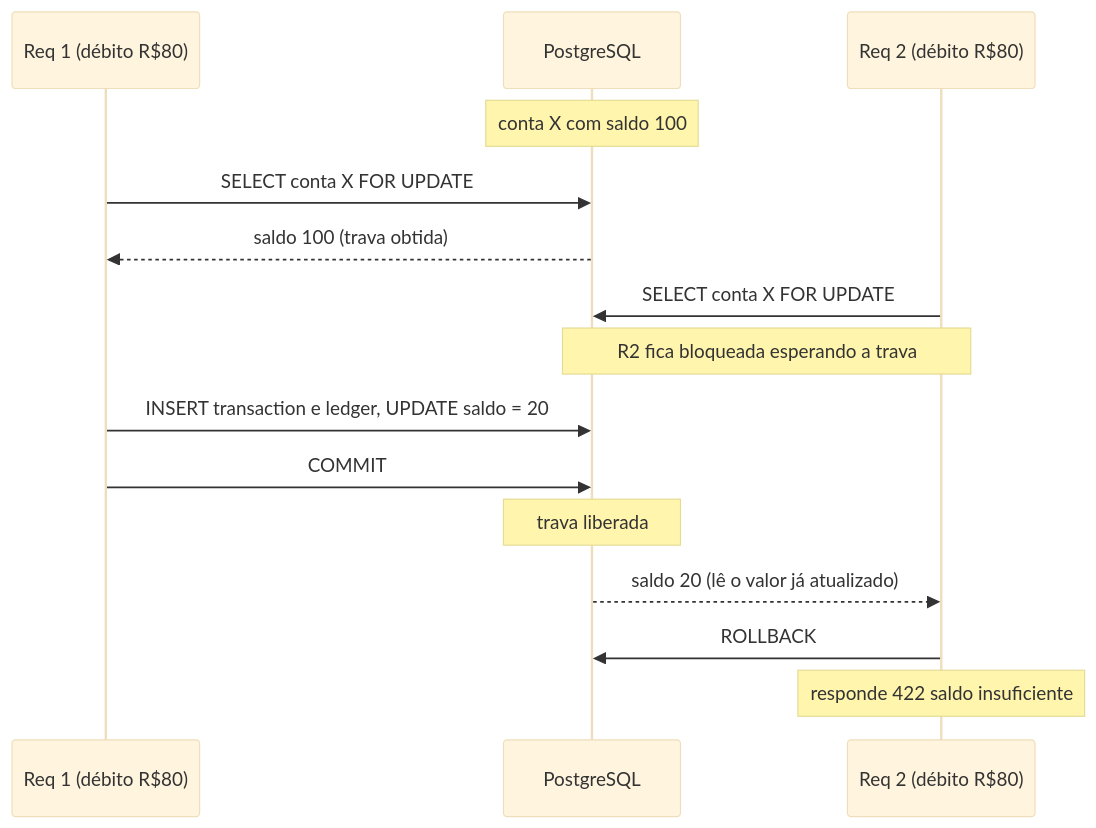
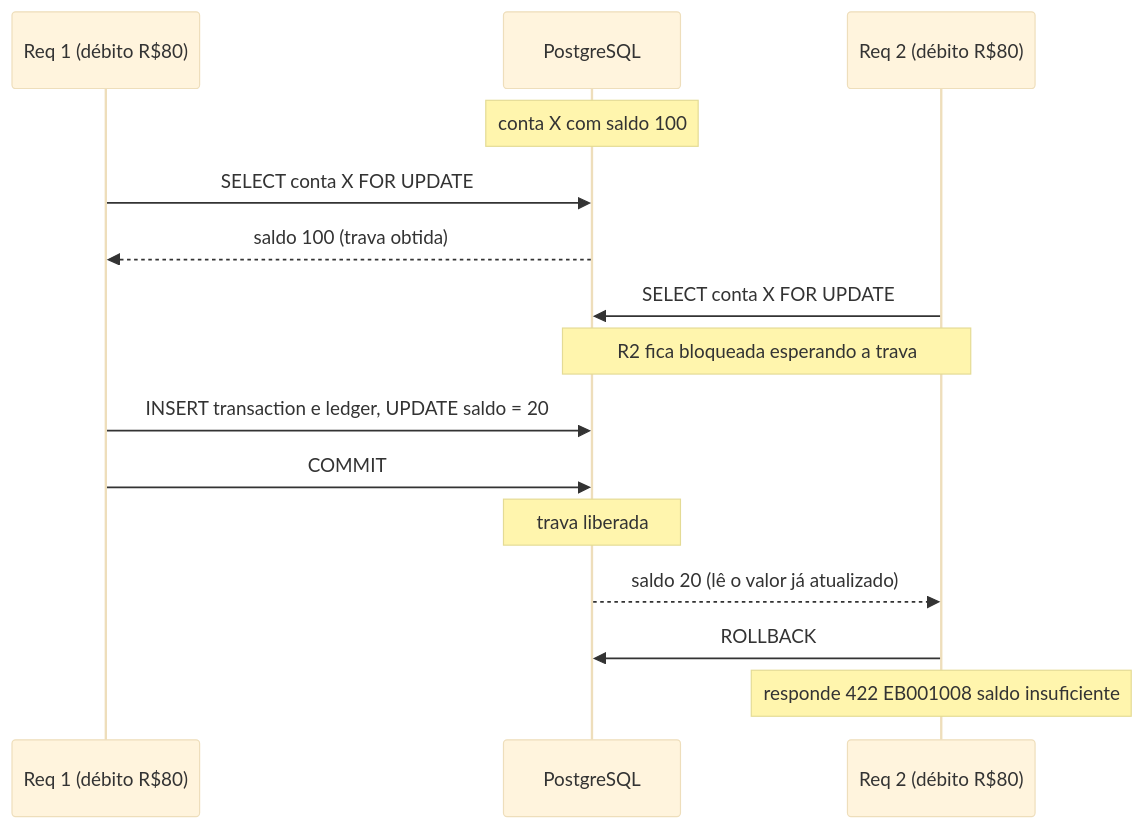
Before and after one commit to fernandobvm/bootcamp-qi-26-bankrepo: the seventh of 10 diagrams in bootcamp-rfc-modelo.md, drawn with Mermaid (base theme). The commit also changed other lines of this file and 1 other file, not shown here.

````diff
--- a/bootcamp-rfc-modelo.md
+++ b/bootcamp-rfc-modelo.md
@@ -310,18 +339,18 @@
 ```mermaid
 sequenceDiagram
     participant R1 as Req 1 (débito R$80)
     participant DB as PostgreSQL
     participant R2 as Req 2 (débito R$80)
 
     Note over DB: conta X com saldo 100
     R1->>DB: SELECT conta X FOR UPDATE
     DB-->>R1: saldo 100 (trava obtida)
     R2->>DB: SELECT conta X FOR UPDATE
     Note over R2,DB: R2 fica bloqueada esperando a trava
     R1->>DB: INSERT transaction e ledger, UPDATE saldo = 20
     R1->>DB: COMMIT
     Note over DB: trava liberada
     DB-->>R2: saldo 20 (lê o valor já atualizado)
     R2->>DB: ROLLBACK
-    Note over R2: responde 422 saldo insuficiente
+    Note over R2: responde 422 EB001008 saldo insuficiente
 ```
````
